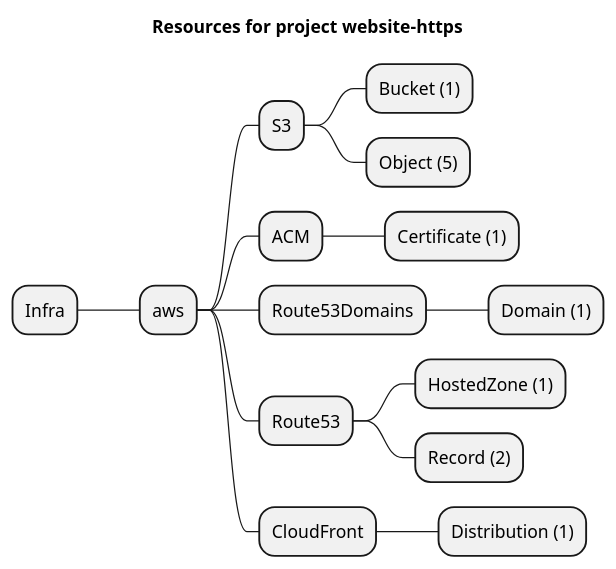
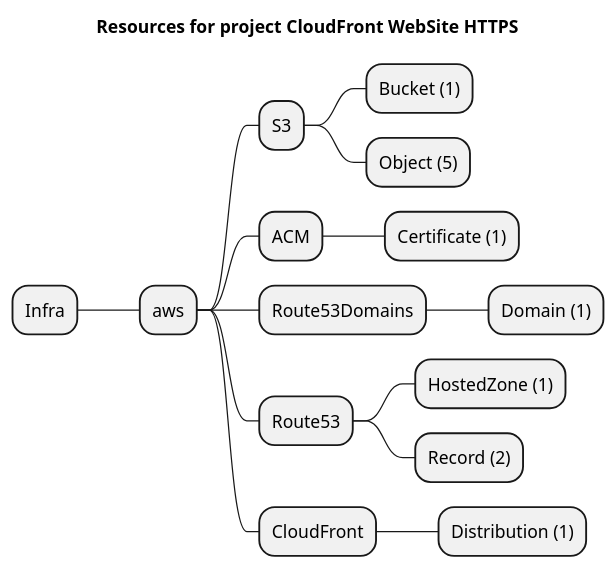
One commit to grucloud/grucloud changed the diagram in examples/aws/website-https/artifacts/resources-mindmap.puml. Above: the diagram before and after it, drawn with PlantUML. The commit also changed 31 other files, not shown here.

```diff
--- a/examples/aws/website-https/artifacts/resources-mindmap.puml
+++ b/examples/aws/website-https/artifacts/resources-mindmap.puml
@@ -1,18 +1,18 @@
 @startmindmap
-title Resources for project website-https
+title Resources for project CloudFront WebSite HTTPS
 skinparam monochrome true
 + Infra
 ++ aws
 +++ S3
 ++++ Bucket (1)
 ++++ Object (5)
 +++ ACM
 ++++ Certificate (1)
 +++ Route53Domains
 ++++ Domain (1)
 +++ Route53
 ++++ HostedZone (1)
 ++++ Record (2)
 +++ CloudFront
 ++++ Distribution (1)
 @endmindmap
```
